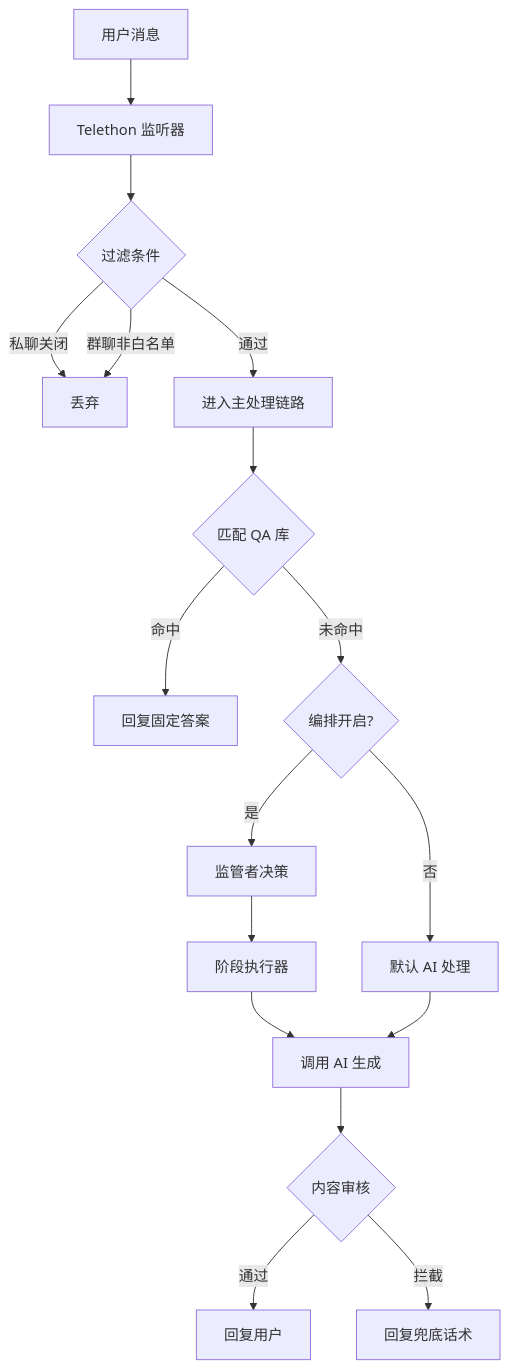
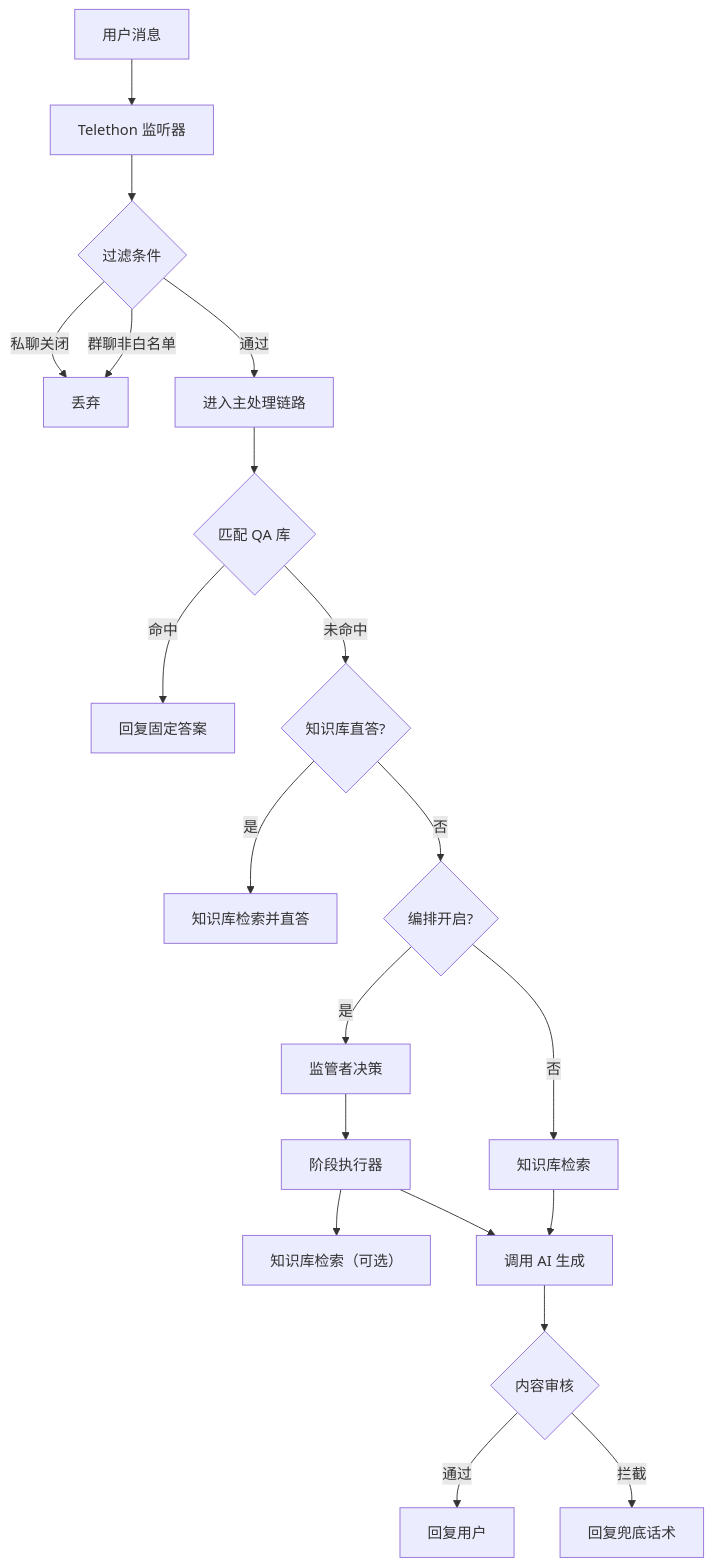
One commit to hverlott/AI----agent changed the diagram in releases/v2.5.0/docs/help_center/v1.0/zh_CN/Telegram平台.md. Above: the diagram before and after it, drawn with Mermaid. The commit also changed 25 other files, not shown here.

````diff
--- a/releases/v2.5.0/docs/help_center/v1.0/zh_CN/Telegram平台.md
+++ b/releases/v2.5.0/docs/help_center/v1.0/zh_CN/Telegram平台.md
@@ -12,23 +12,27 @@
 ```mermaid
 graph TD
     User[用户消息] --> Listener[Telethon 监听器]
     Listener --> Filter{过滤条件}
     Filter -->|私聊关闭| Drop[丢弃]
     Filter -->|群聊非白名单| Drop
     Filter -->|通过| Process[进入主处理链路]
     
     Process --> CheckQA{匹配 QA 库}
     CheckQA -->|命中| ReplyQA[回复固定答案]
-    CheckQA -->|未命中| Orch{编排开启?}
+    CheckQA -->|未命中| FastKB{知识库直答?}
+    
+    FastKB -->|是| KBOnly[知识库检索并直答]
+    FastKB -->|否| Orch{编排开启?}
     
     Orch -->|是| Supervisor[监管者决策]
     Supervisor --> StageAgent[阶段执行器]
+    StageAgent --> RAG[知识库检索（可选）]
     StageAgent --> GenAI[调用 AI 生成]
     
-    Orch -->|否| DefaultAI[默认 AI 处理]
-    DefaultAI --> GenAI
+    Orch -->|否| RAG2[知识库检索]
+    RAG2 --> GenAI
     
     GenAI --> Audit{内容审核}
     Audit -->|通过| ReplyUser[回复用户]
     Audit -->|拦截| Fallback[回复兜底话术]
 ```
````
